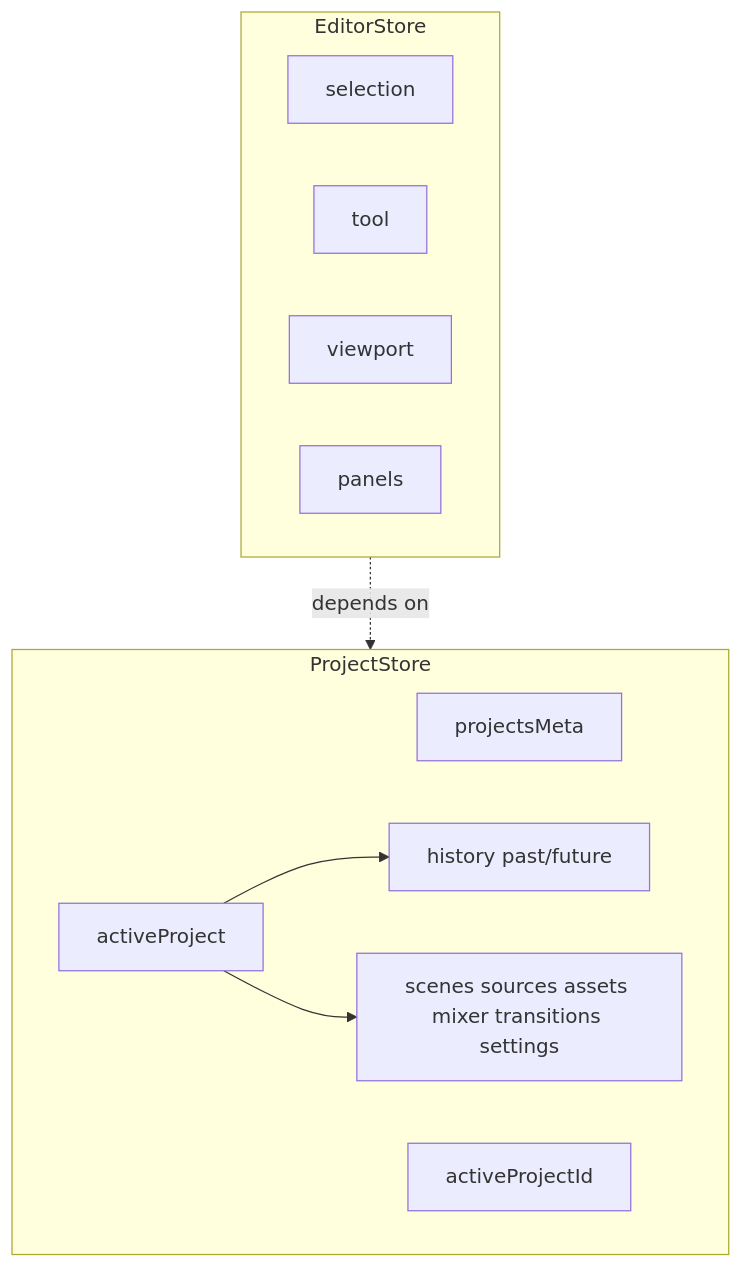
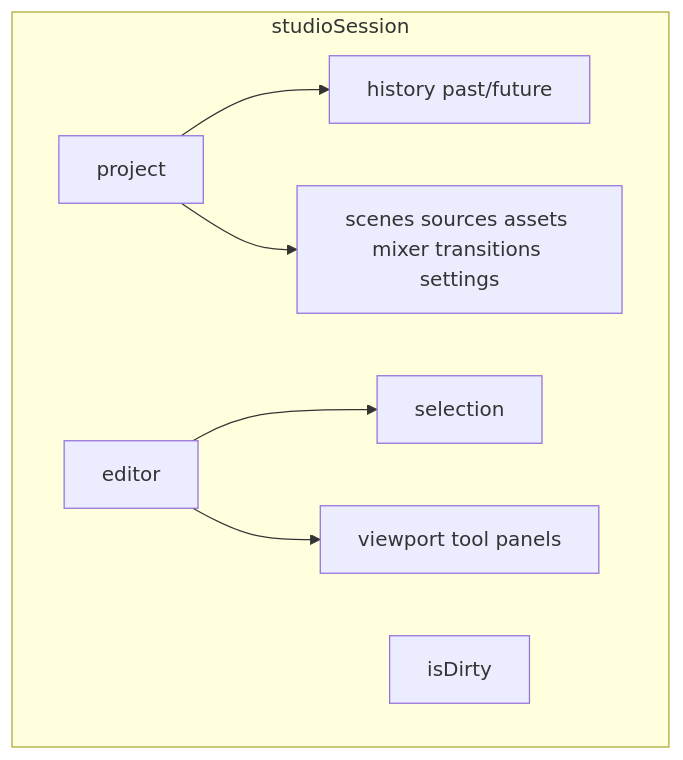
Before and after one commit to Moonbase-Systems/moonbase-studio-web: the fourth of 6 diagrams in .ai/docs/architecture/diagrams.md, drawn with Mermaid. The commit also changed other lines of this file and 6 other files, not shown here.

First line of the commit message:
docs(studio): align architecture notes with studioSession

````diff
--- a/.ai/docs/architecture/diagrams.md
+++ b/.ai/docs/architecture/diagrams.md
@@ -80,17 +80,12 @@
 ```mermaid
 flowchart TB
-  subgraph projectStore [ProjectStore]
-    meta[projectsMeta]
-    activeId[activeProjectId]
-    active[activeProject]
-    active --> hist[history past/future]
-    active --> doc[scenes sources assets mixer transitions settings]
+  subgraph studioSession [studioSession]
+    project[project]
+    editor[editor]
+    dirty[isDirty]
+    project --> hist[history past/future]
+    project --> doc[scenes sources assets mixer transitions settings]
+    editor --> sel[selection]
+    editor --> view[viewport tool panels]
   end
-  subgraph editorStore [EditorStore]
-    sel[selection]
-    tool[tool]
-    view[viewport]
-    panels[panels]
-  end
-  editorStore -.->|"depends on"| projectStore
 ```
````
